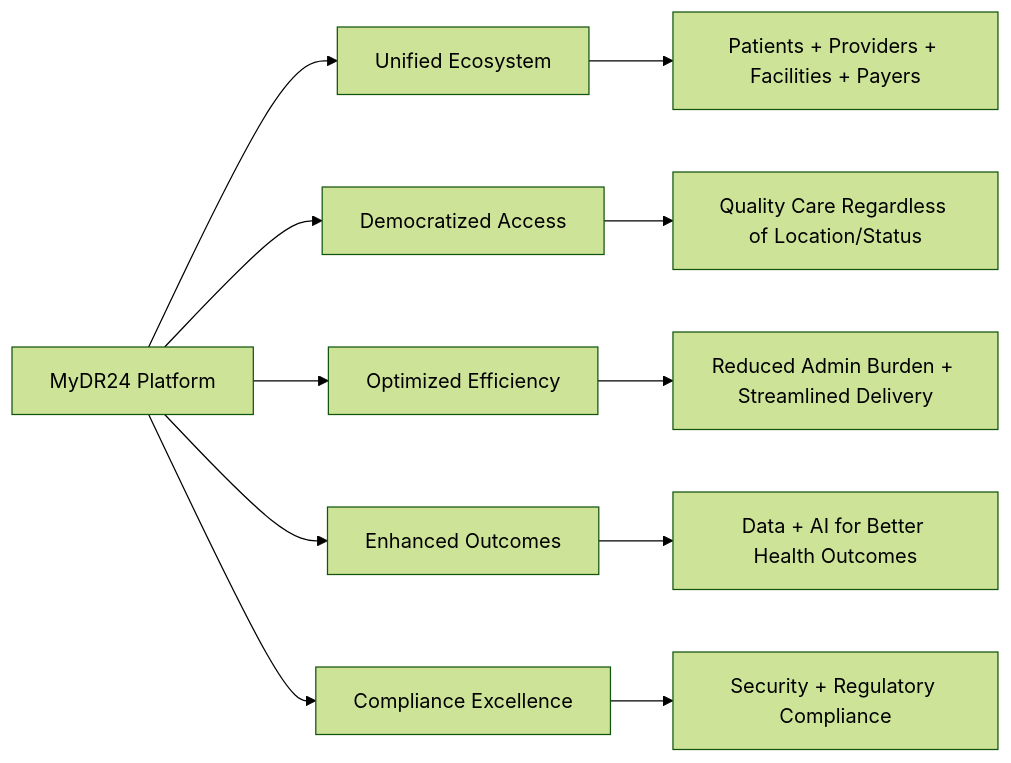
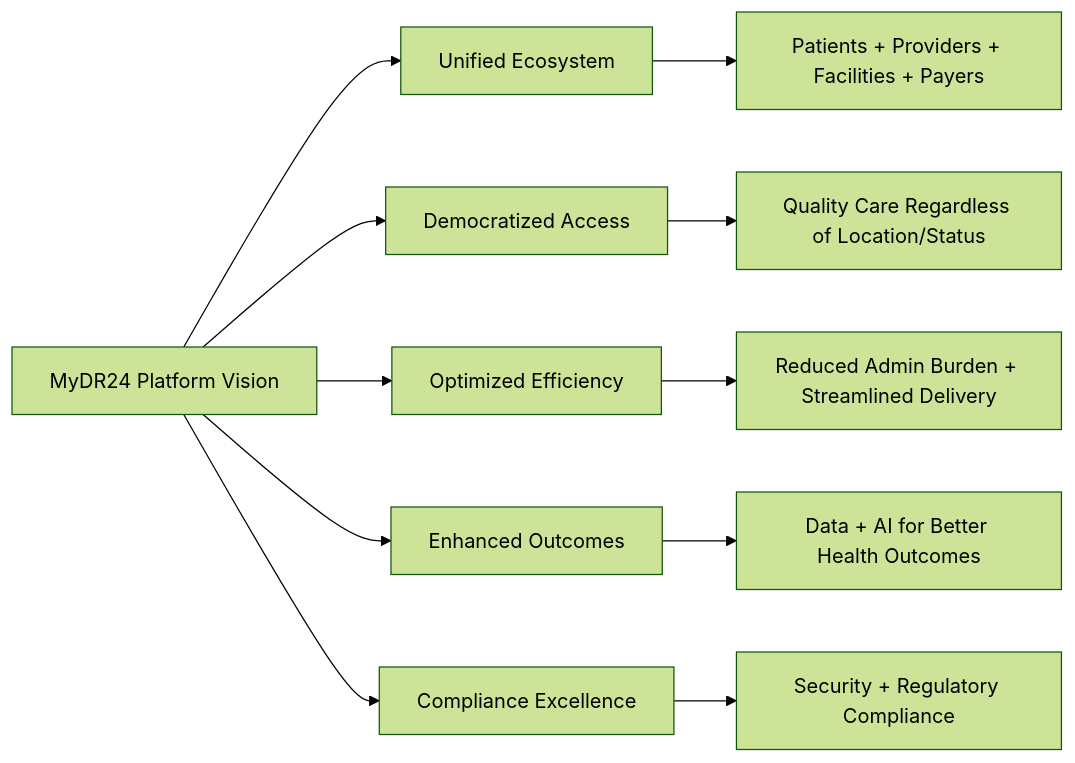
One commit to mydr24/book changed the third of 8 diagrams in chapters/01-healthcare-revolution.md. Above: the diagram before and after it, drawn with Mermaid (forest theme). The commit also changed other lines of this file and 15 other files, not shown here.

````diff
--- a/chapters/01-healthcare-revolution.md
+++ b/chapters/01-healthcare-revolution.md
@@ -65,14 +67,14 @@
 ```mermaid
 graph LR
-    A[MyDR24 Platform] --> B[Unified Ecosystem]
+    A[MyDR24 Platform Vision] --> B[Unified Ecosystem]
     A --> C[Democratized Access]
     A --> D[Optimized Efficiency]
     A --> E[Enhanced Outcomes]
     A --> F[Compliance Excellence]
     
     B --> G[Patients + Providers + Facilities + Payers]
     C --> H[Quality Care Regardless of Location/Status]
     D --> I[Reduced Admin Burden + Streamlined Delivery]
     E --> J[Data + AI for Better Health Outcomes]
     F --> K[Security + Regulatory Compliance]
 ```
````
